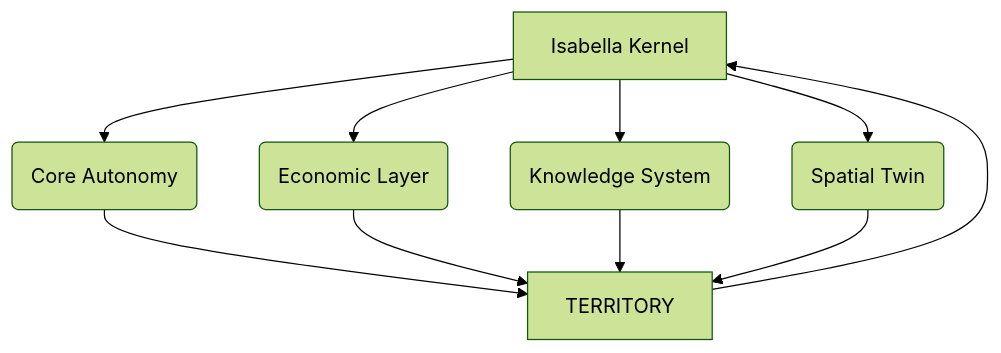
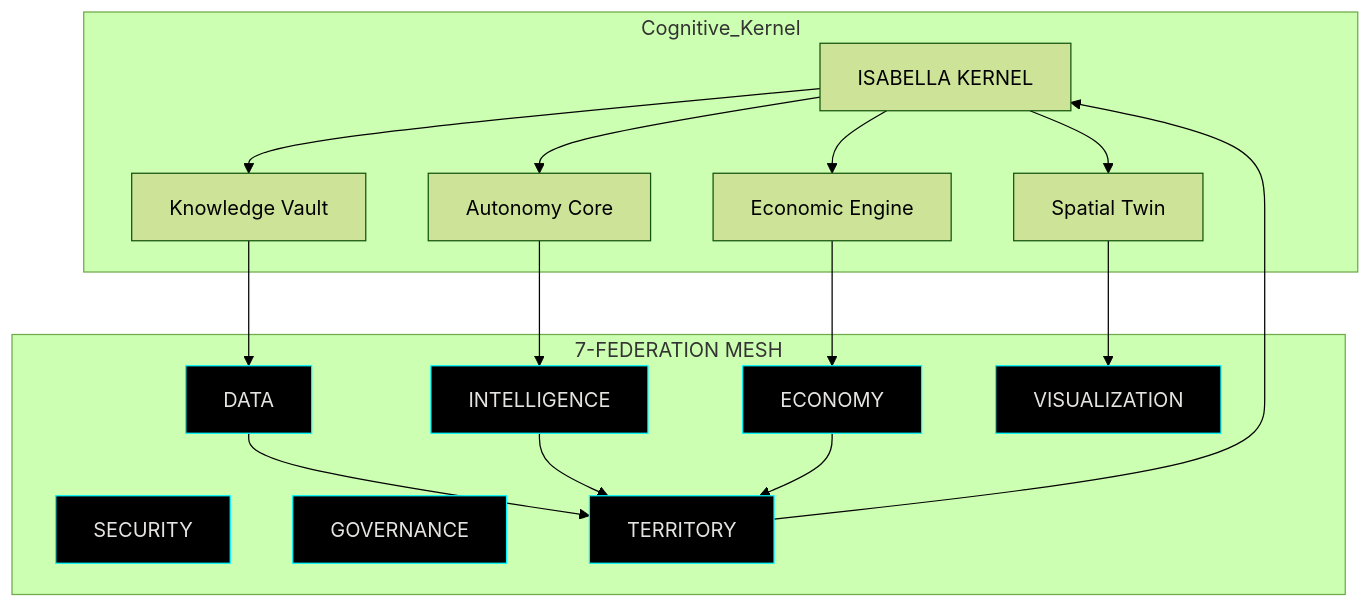
One commit to OsoPanda1/OsoPanda1 changed the diagram in README.md. Above: the diagram before and after it, drawn with Mermaid (forest theme). The commit also changed other lines of this file, not shown here.

````diff
--- a/README.md
+++ b/README.md
@@ -69,15 +120,30 @@
 ```mermaid
 graph TD
+  subgraph Cognitive_Kernel
+    A[ISABELLA KERNEL] --> B[Autonomy Core]
+    A --> C[Economic Engine]
+    A --> D[Knowledge Vault]
+    A --> E[Spatial Twin]
+  end
 
-A[Isabella Kernel] --> B(Core Autonomy)
-A --> C(Economic Layer)
-A --> D(Knowledge System)
-A --> E(Spatial Twin)
+  subgraph Federations[7-FEDERATION MESH]
+    F1[DATA]:::federation
+    F2[INTELLIGENCE]:::federation
+    F3[SECURITY]:::federation
+    F4[GOVERNANCE]:::federation
+    F5[ECONOMY]:::federation
+    F6[VISUALIZATION]:::federation
+    F7[TERRITORY]:::federation
+  end
 
-B --> F[TERRITORY]
-C --> F
-D --> F
-E --> F
+  E --> F6
+  B --> F2
+  C --> F5
+  D --> F1
+  F1 --> F7
+  F2 --> F7
+  F5 --> F7
+  F7 --> A
 
-F --> A
+  classDef federation fill:#000000,stroke:#00F7FF,stroke-width:1px,color:#E5E4E2;
 ```
````
